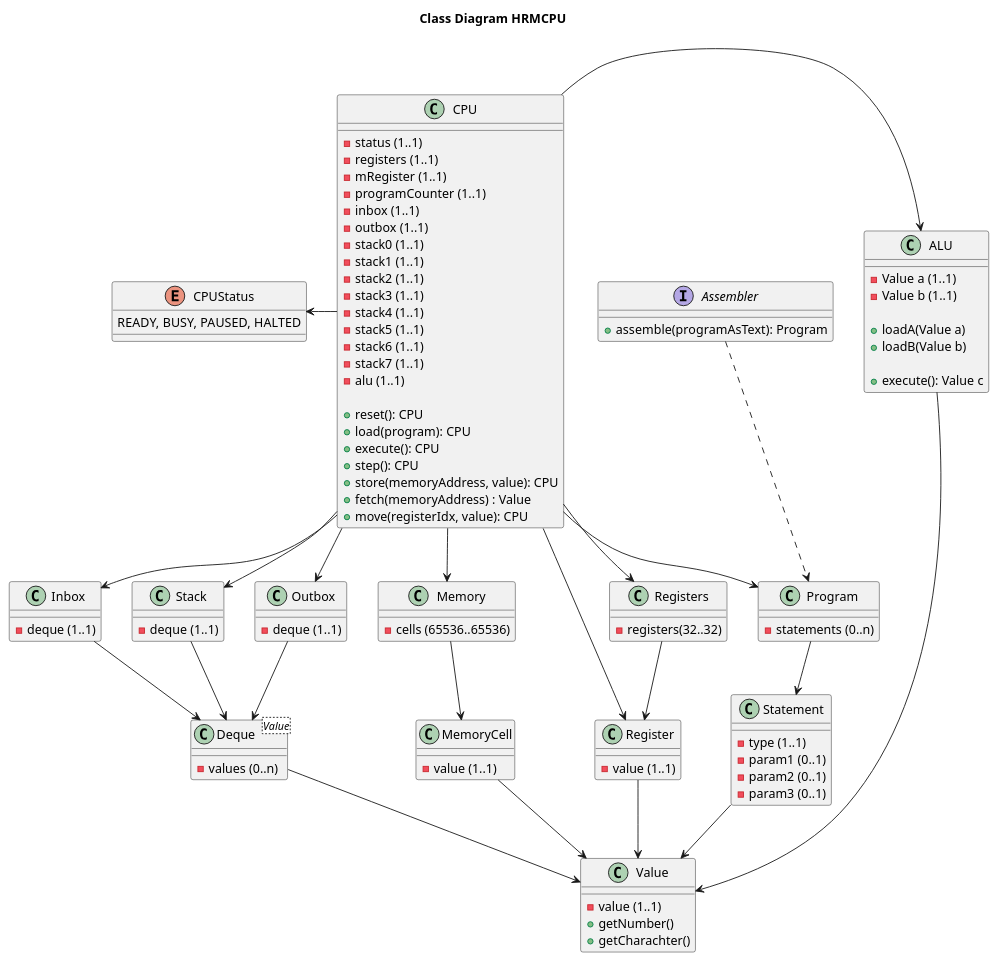
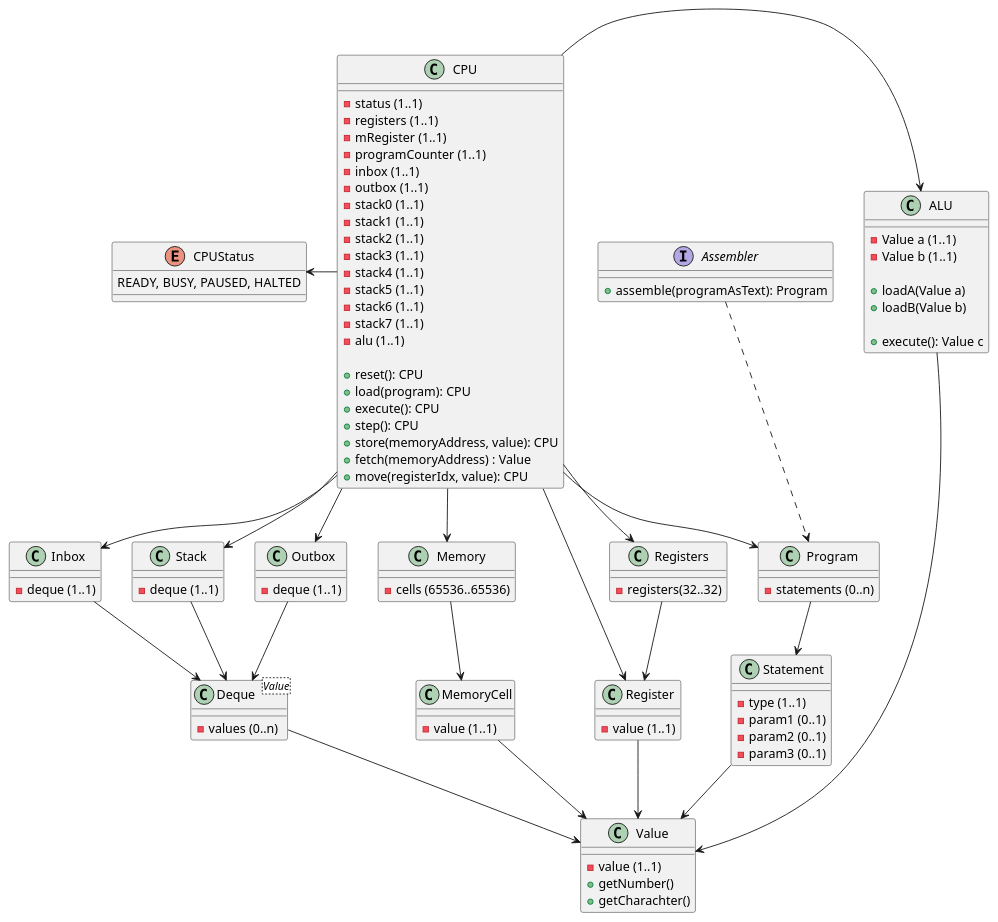
The diagram in docs/ClassDiagramCPU.puml (TristanoSuriani/HRM-assembly), drawn with PlantUML before and after one commit. The commit also changed 5 other files, not shown here.

```diff
--- a/docs/ClassDiagramCPU.puml
+++ b/docs/ClassDiagramCPU.puml
@@ -1,121 +1,119 @@
 @startuml
-
-title Class Diagram HRMCPU
 
 class Register {
   -value (1..1)
 }
 
 class Registers {
   -registers(32..32)
 }
 
 class Inbox {
   -deque (1..1)
 }
 
 class Stack {
   -deque (1..1)
 }
 
 class Outbox
 {
   -deque (1..1)
 }
 
 class ALU {
   -Value a (1..1)
   -Value b (1..1)
 
   +loadA(Value a)
   +loadB(Value b)
 
   +execute(): Value c
 }
 
 class Memory {
   -cells (65536..65536)
 }
 
 class MemoryCell {
  -value (1..1)
 }
 
 class Value {
   -value (1..1)
   +getNumber()
   +getCharachter()
 }
 
 class Deque<Value> {
   -values (0..n)
 }
 
 class CPU {
   -status (1..1)
   -registers (1..1)
   -mRegister (1..1)
   -programCounter (1..1)
   -inbox (1..1)
   -outbox (1..1)
   -stack0 (1..1)
   -stack1 (1..1)
   -stack2 (1..1)
   -stack3 (1..1)
   -stack4 (1..1)
   -stack5 (1..1)
   -stack6 (1..1)
   -stack7 (1..1)
   -alu (1..1)
 
   +reset(): CPU
   +load(program): CPU
   +execute(): CPU
   +step(): CPU
   +store(memoryAddress, value): CPU
   +fetch(memoryAddress) : Value
   +move(registerIdx, value): CPU
 }
 
 enum CPUStatus {
   READY, BUSY, PAUSED, HALTED
 }
 
 class Program {
   -statements (0..n)
 }
 
 class Statement {
   -type (1..1)
   -param1 (0..1)
   -param2 (0..1)
   -param3 (0..1)
 }
 
 interface Assembler {
   +assemble(programAsText): Program
 }
 
 CPU -down-> Registers
 CPU -down-> Register
 CPU -down-> Inbox
 CPU -down-> Outbox
 CPU -right-> ALU
 CPU -down-> Memory
 CPU -down-> Stack
 CPU -down-> Program
 CPU -left-> CPUStatus
 Memory -down-> MemoryCell
 Registers -down-> Register
 MemoryCell -down-> Value
 Register -down-> Value
 Inbox -down-> Deque
 Outbox -down-> Deque
 Stack -down-> Deque
 ALU -down-> Value
 Deque -down-> Value
 Program -down-> Statement
 Statement -down-> Value
 Assembler .down.> Program
 
 @enduml
```
